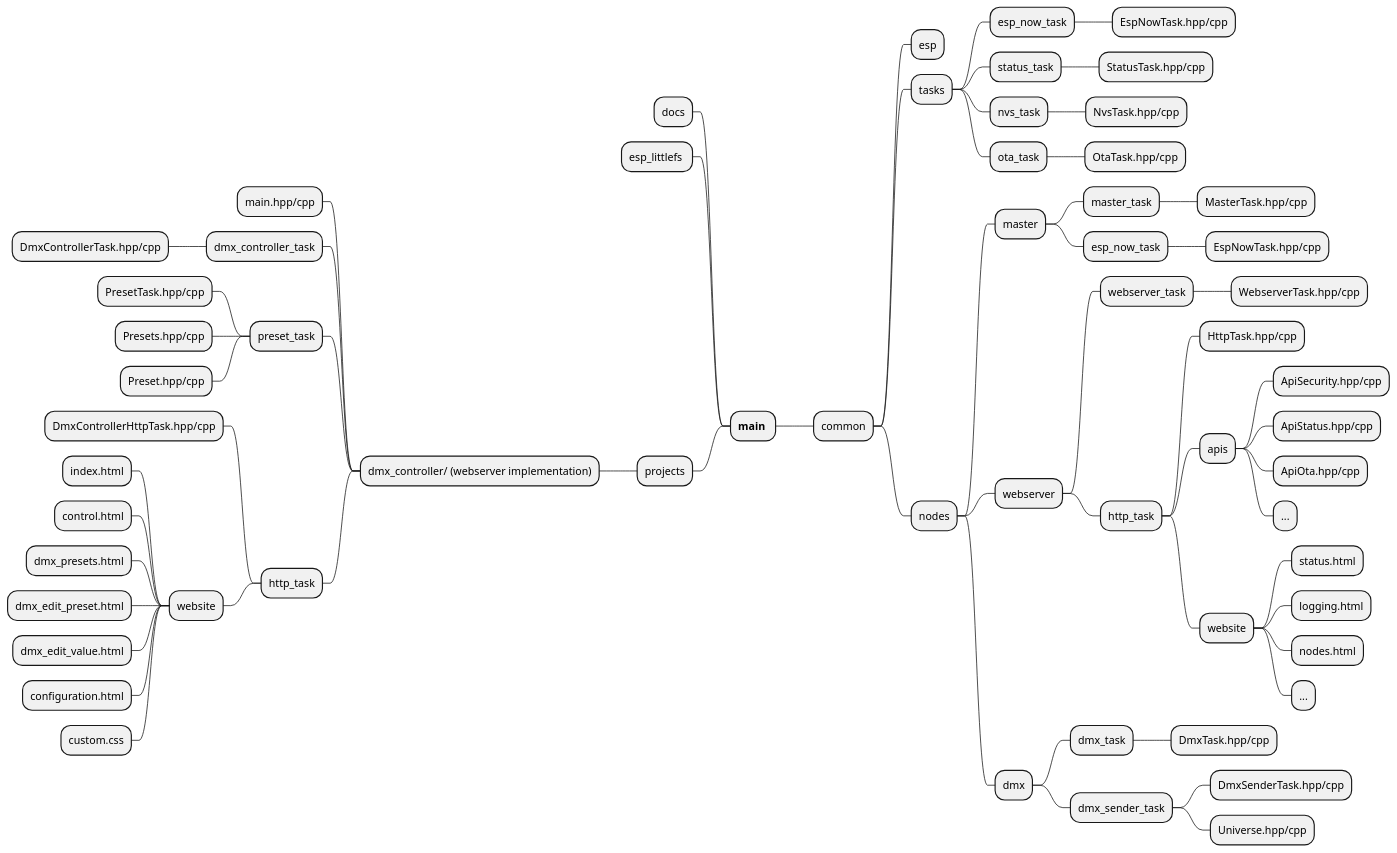
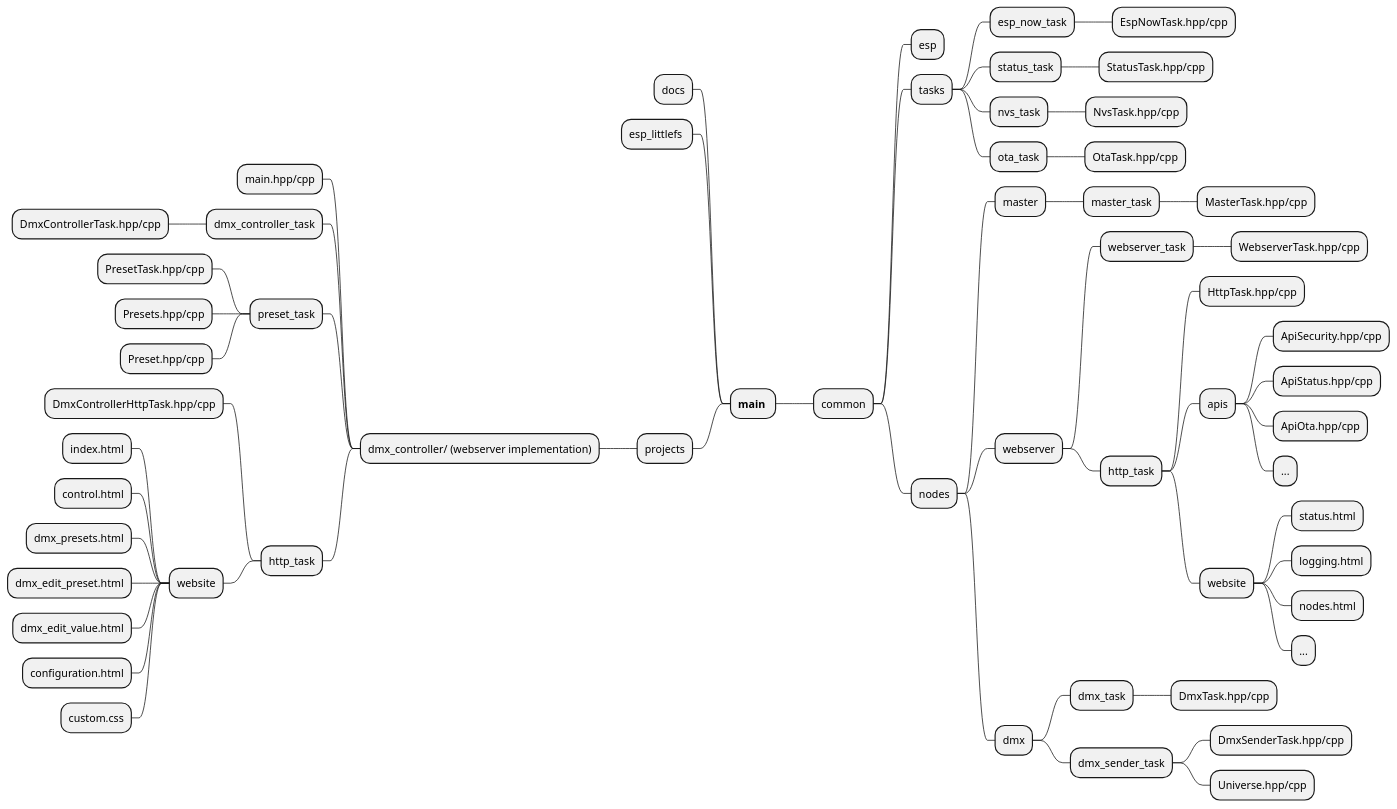
Before and after one commit to michelkeijzers/Esp32Framework: the diagram in docs/folder_structure.puml, drawn with PlantUML. The commit also changed 39 other files, not shown here.

```diff
--- a/docs/folder_structure.puml
+++ b/docs/folder_structure.puml
@@ -2,78 +2,76 @@
 @startmindmap
 
 * **main** 
 -- docs
 -- esp_littlefs 
 ** common
 *** esp
 ' **** esp_error
 ' ***** esp_error_if.hpp
 ' **** esp_filesystem
 ' ***** esp_littlefs_if.h
 ' ***** esp_spiffs-if.h   
 ' ***** IEspLittleFs.hpp
 ' ***** EspLittleFs.hpp/cpp
 ' **** esp_http_server
 ' **** esp_now
 ' **** esp_logger
 ' **** esp_nvs
 *** tasks
 **** esp_now_task
 ***** EspNowTask.hpp/cpp
 **** status_task
 ***** StatusTask.hpp/cpp
 **** nvs_task
 ***** NvsTask.hpp/cpp
 **** ota_task
 ***** OtaTask.hpp/cpp
 *** nodes
 **** master
 ***** master_task
 ****** MasterTask.hpp/cpp
-***** esp_now_task
-****** EspNowTask.hpp/cpp
 **** webserver
 ***** webserver_task
 ****** WebserverTask.hpp/cpp
 ***** http_task
 ****** HttpTask.hpp/cpp
 ****** apis
 ******* ApiSecurity.hpp/cpp
 ******* ApiStatus.hpp/cpp
 ******* ApiOta.hpp/cpp
 ******* ...
 ****** website
 ******* status.html
 ******* logging.html
 ******* nodes.html
 ******* ...
 **** dmx
 ***** dmx_task
 ****** DmxTask.hpp/cpp
 ***** dmx_sender_task
 ****** DmxSenderTask.hpp/cpp
 ****** Universe.hpp/cpp
 
 -- projects
 --- dmx_controller/ (webserver implementation)
 ---- main.hpp/cpp
 ---- dmx_controller_task
 ----- DmxControllerTask.hpp/cpp
 ---- preset_task
 ----- PresetTask.hpp/cpp
 ----- Presets.hpp/cpp
 ----- Preset.hpp/cpp
 ---- http_task
 ----- DmxControllerHttpTask.hpp/cpp
 ----- website
 ------ index.html
 ------ control.html
 ------ dmx_presets.html
 ------ dmx_edit_preset.html
 ------ dmx_edit_value.html
 ------ configuration.html
 ------ custom.css
 
 
 
 @endmindmap
```
